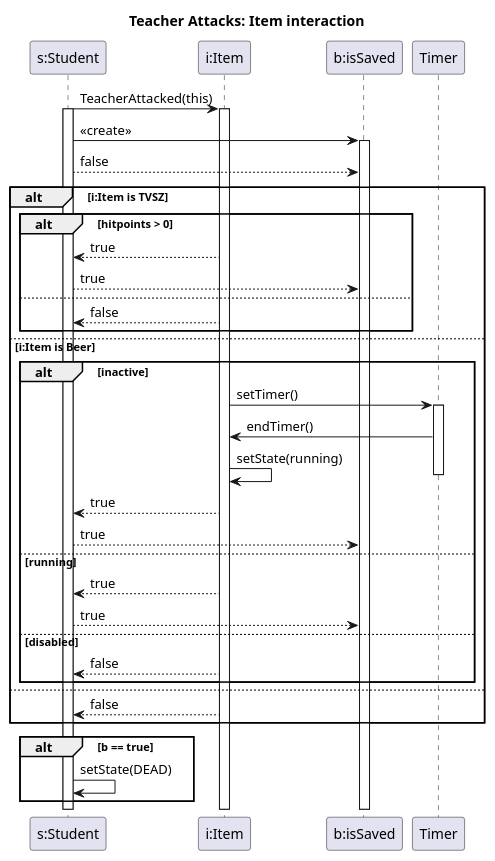
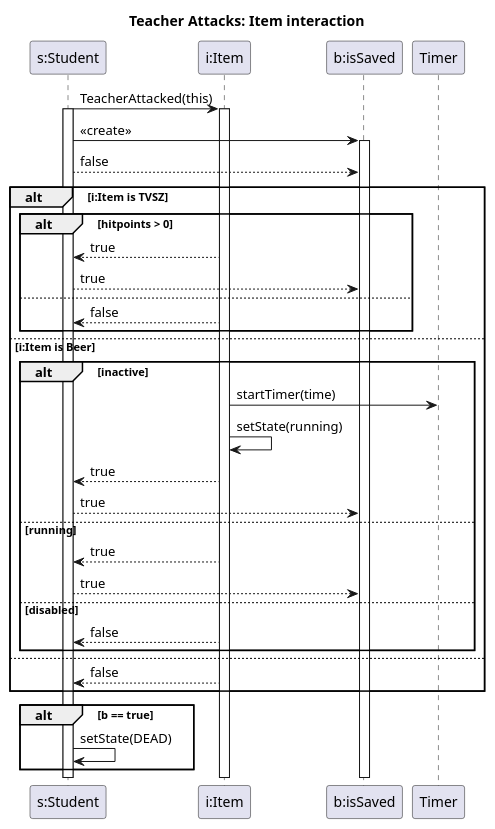
One commit to MBakter/echo changed the diagram in teacher_attacks_item.plantuml. Above: the diagram before and after it, drawn with PlantUML. The commit also changed 6 other files, not shown here.

```diff
--- a/teacher_attacks_item.plantuml
+++ b/teacher_attacks_item.plantuml
@@ -1,45 +1,43 @@
 @startuml teacher_attacks
 
 title Teacher Attacks: Item interaction
 participant "s:Student" as s
 participant "i:Item" as i
 participant "b:isSaved" as b
 
 s -> i : TeacherAttacked(this)
 activate i
 activate s
 s -> b : <<create>>
 activate b
 s --> b : false
 
 alt i:Item is TVSZ 
     alt hitpoints > 0
         i --> s : true
         s --> b : true
     else
         i --> s : false
     end
 else i:Item is Beer 
     alt inactive
-        i -> Timer : setTimer()
-        activate Timer
-            Timer -> i : endTimer()
+        i -> Timer : startTimer(time)
+
             i -> i : setState(running)
-        deactivate Timer
         i --> s : true
         s --> b : true
     else running
         i --> s : true
         s --> b : true
     else disabled
         i --> s : false
     end
 else 
     i --> s : false
 end
 
 alt b == true
     s -> s : setState(DEAD)
 end
     
 @enduml
```
